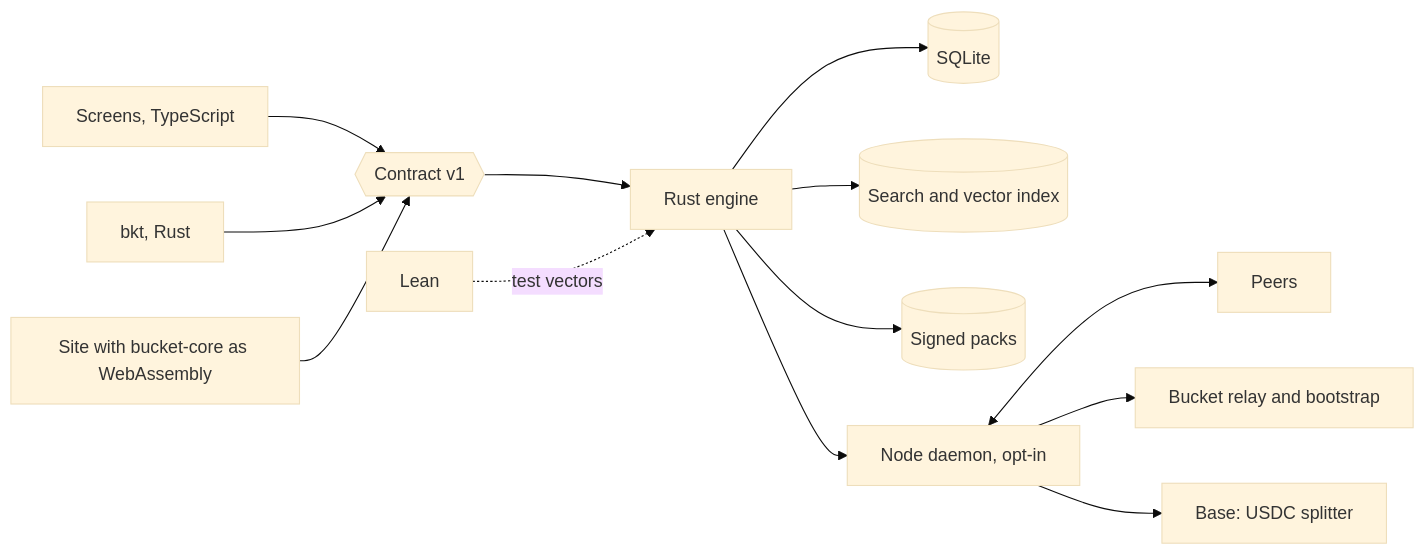
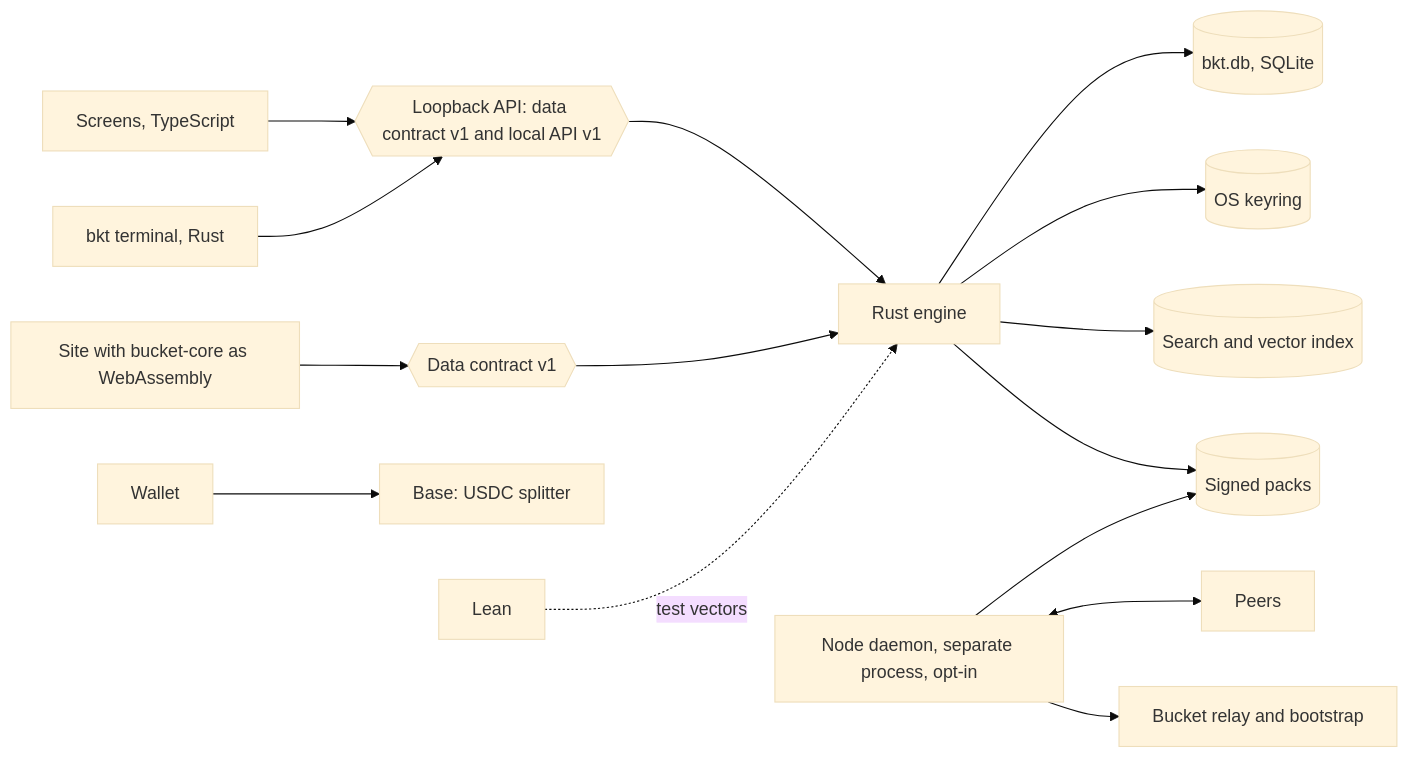
One commit to bucket-foundation/bucket-foundation changed the diagram in docs/ARCHITECTURE-TARGET.md. Above: the diagram before and after it, drawn with Mermaid (base theme). The commit also changed other lines of this file, not shown here.

First line of the commit message:
docs(architecture): target architecture v3 after critic round 2

````diff
--- a/docs/ARCHITECTURE-TARGET.md
+++ b/docs/ARCHITECTURE-TARGET.md
@@ -41,15 +52,17 @@
 ```mermaid
 flowchart LR
-  UI[Screens, TypeScript] --> C{{Contract v1}}
-  TUI[bkt, Rust] --> C
-  Web[Site with bucket-core as WebAssembly] --> C
-  C --> E[Rust engine]
-  E --> DB[(SQLite)]
+  UI[Screens, TypeScript] --> A{{Loopback API: data contract v1 and local API v1}}
+  TUI[bkt terminal, Rust] --> A
+  Web[Site with bucket-core as WebAssembly] --> C{{Data contract v1}}
+  A --> E[Rust engine]
+  C --> E
+  E --> DB[(bkt.db, SQLite)]
+  E --> KR[(OS keyring)]
   E --> IX[(Search and vector index)]
   E --> PK[(Signed packs)]
-  E --> N[Node daemon, opt-in]
+  N[Node daemon, separate process, opt-in] --> PK
   N <--> P[Peers]
   N --> R[Bucket relay and bootstrap]
-  N --> B[Base: USDC splitter]
+  W[Wallet] --> B[Base: USDC splitter]
   L[Lean] -. test vectors .-> E
 ```
````
